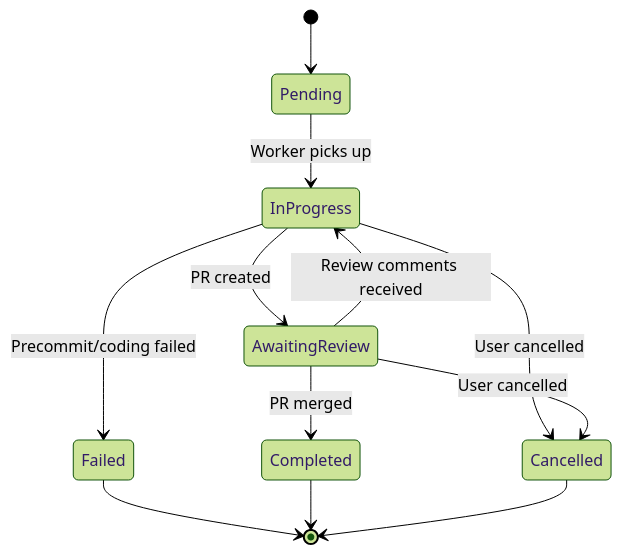
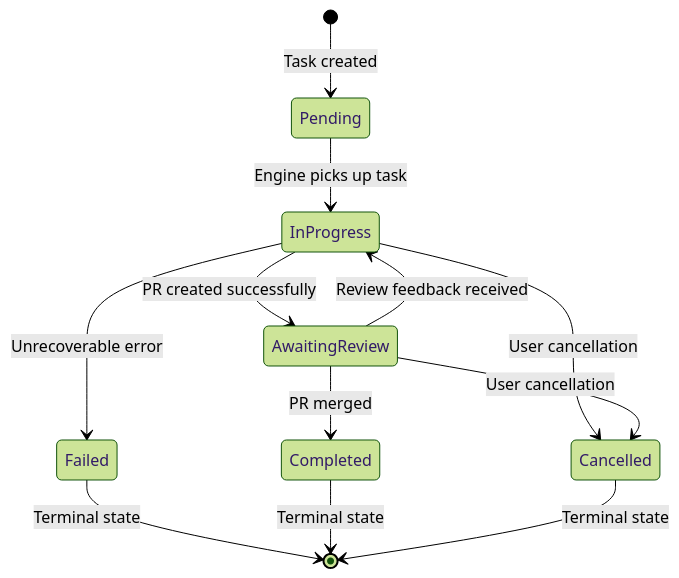
The third of 9 diagrams in spec.md (Haizzz/duckling), drawn with Mermaid (forest theme) before and after one commit. The commit also changed other lines of this file and 2 other files, not shown here.

````diff
--- a/spec.md
+++ b/spec.md
@@ -214,14 +85,14 @@
 ```mermaid
 stateDiagram-v2
-    [*] --> Pending
-    Pending --> InProgress: Worker picks up
-    InProgress --> AwaitingReview: PR created
-    AwaitingReview --> InProgress: Review comments received
+    [*] --> Pending: Task created
+    Pending --> InProgress: Engine picks up task
+    InProgress --> AwaitingReview: PR created successfully
+    InProgress --> Failed: Unrecoverable error
+    InProgress --> Cancelled: User cancellation
+    AwaitingReview --> InProgress: Review feedback received
     AwaitingReview --> Completed: PR merged
-    InProgress --> Failed: Precommit/coding failed
-    InProgress --> Cancelled: User cancelled
-    AwaitingReview --> Cancelled: User cancelled
-    Failed --> [*]
-    Completed --> [*]
-    Cancelled --> [*]
+    AwaitingReview --> Cancelled: User cancellation
+    Failed --> [*]: Terminal state
+    Completed --> [*]: Terminal state
+    Cancelled --> [*]: Terminal state
 ```
````
